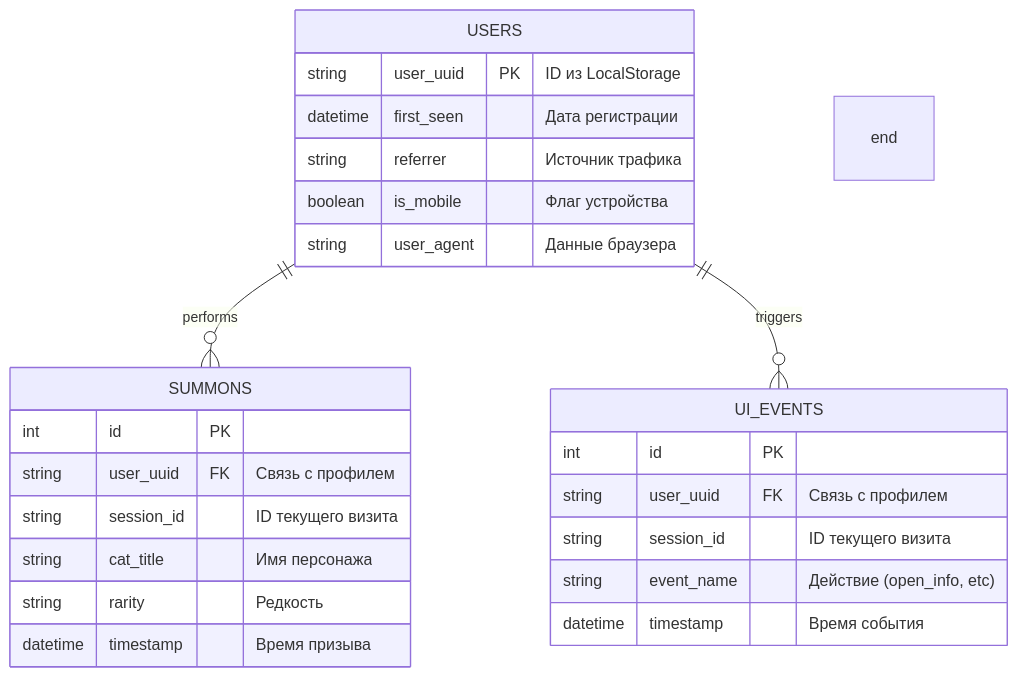
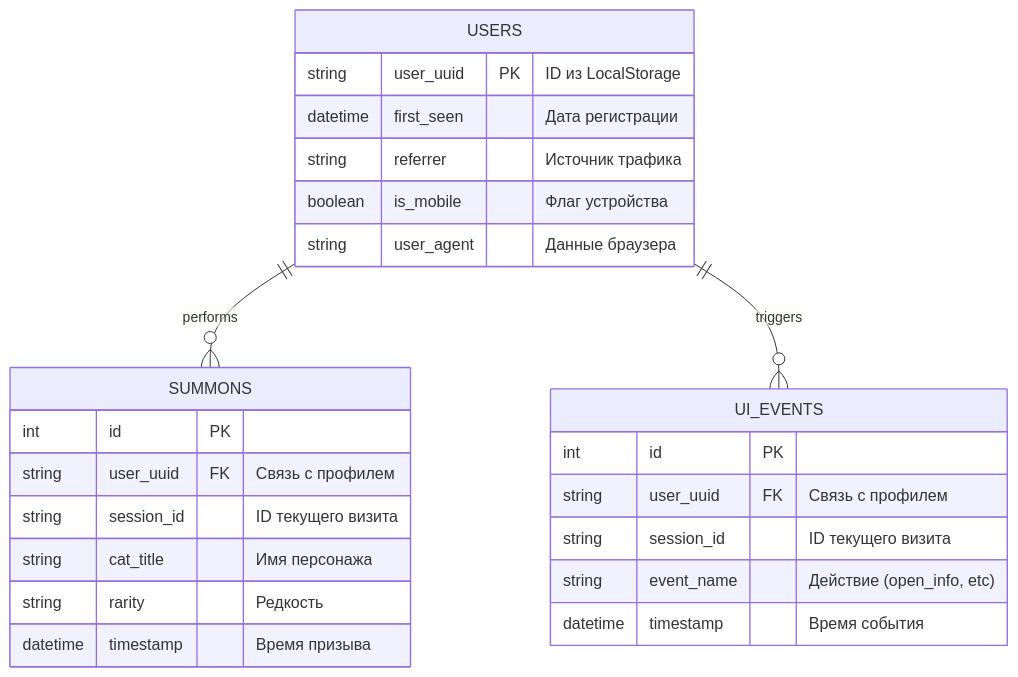
Before and after one commit to ilyushkeane/cat_summoner: the second of 2 diagrams in README.md, drawn with Mermaid.

````diff
--- a/README.md
+++ b/README.md
@@ -42,33 +42,31 @@
 ```mermaid
 erDiagram
     USERS ||--o{ SUMMONS : "performs"
     USERS ||--o{ UI_EVENTS : "triggers"
 
     USERS {
         string user_uuid PK "ID из LocalStorage"
         datetime first_seen "Дата регистрации"
         string referrer "Источник трафика"
         boolean is_mobile "Флаг устройства"
         string user_agent "Данные браузера"
     }
 
     SUMMONS {
         int id PK
         string user_uuid FK "Связь с профилем"
         string session_id "ID текущего визита"
         string cat_title "Имя персонажа"
         string rarity "Редкость"
         datetime timestamp "Время призыва"
     }
 
     UI_EVENTS {
         int id PK
         string user_uuid FK "Связь с профилем"
         string session_id "ID текущего визита"
         string event_name "Действие (open_info, etc)"
         datetime timestamp "Время события"
     }
 
-end
-
 ```
````
